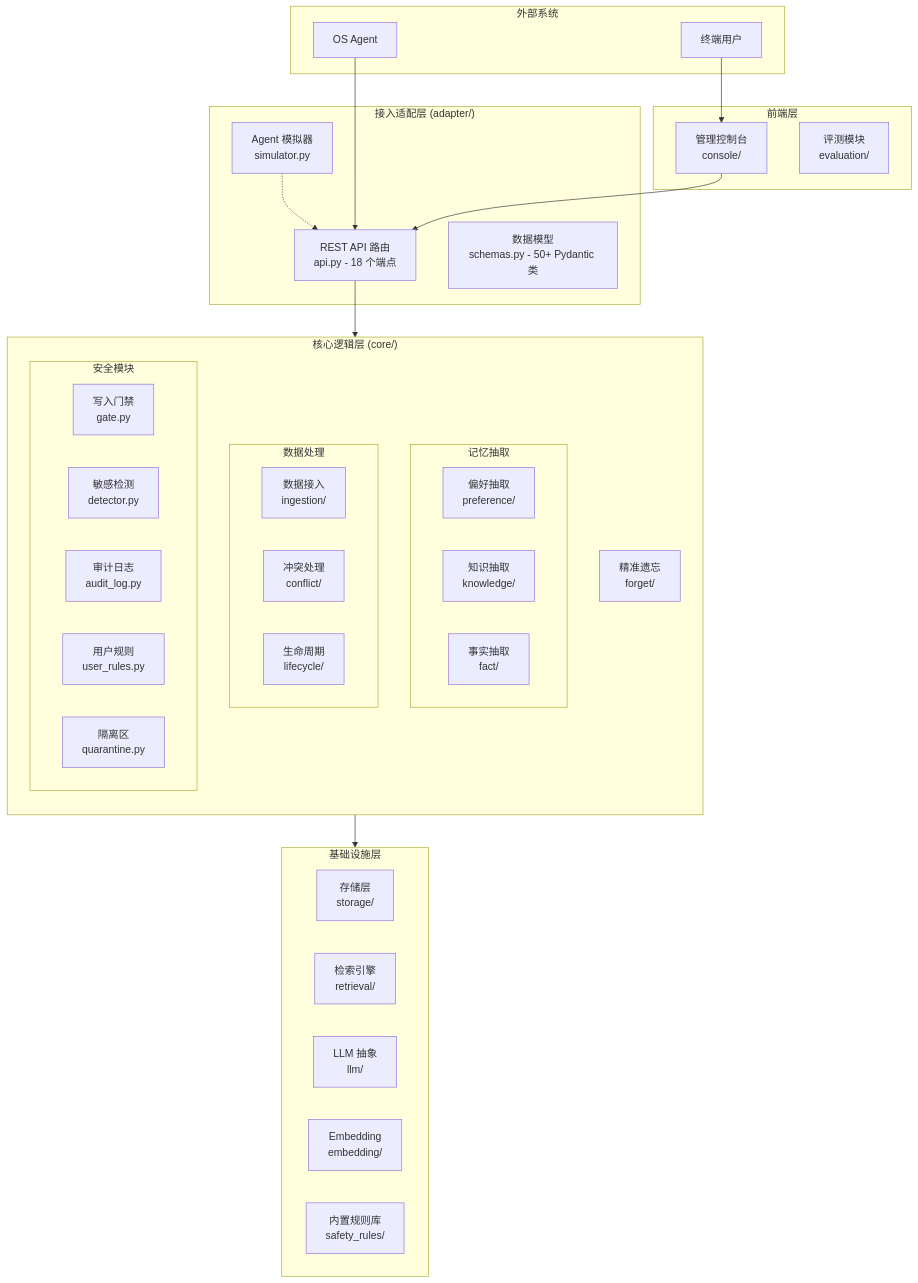
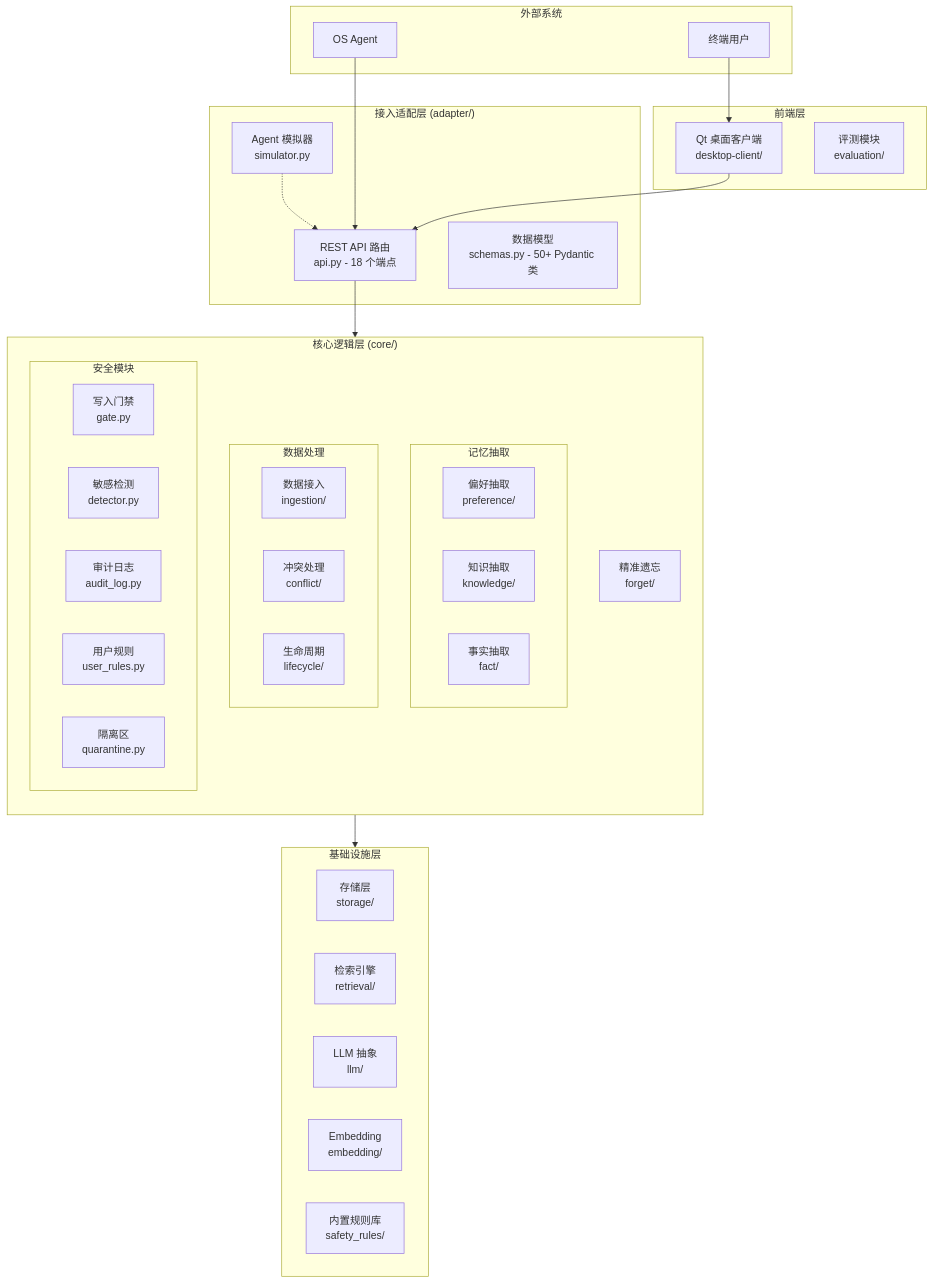
One commit to pyzw618/XA202612-2 changed the second of 10 diagrams in docs/TECHNICAL_SUMMARY.md. Above: the diagram before and after it, drawn with Mermaid. The commit also changed other lines of this file and 41 other files, not shown here.

````diff
--- a/docs/TECHNICAL_SUMMARY.md
+++ b/docs/TECHNICAL_SUMMARY.md
@@ -94,55 +94,55 @@
 ```mermaid
 graph TB
     subgraph External["外部系统"]
         OSA[OS Agent]
         User[终端用户]
     end
 
     subgraph Adapter["接入适配层 (adapter/)"]
         API[REST API 路由<br/>api.py - 18 个端点]
         Schema[数据模型<br/>schemas.py - 50+ Pydantic 类]
         Sim[Agent 模拟器<br/>simulator.py]
     end
 
     subgraph Core["核心逻辑层 (core/)"]
         direction TB
         subgraph Memory["记忆抽取"]
             Pref[偏好抽取<br/>preference/]
             Know[知识抽取<br/>knowledge/]
             Fact[事实抽取<br/>fact/]
         end
         subgraph Pipeline["数据处理"]
             Ingest[数据接入<br/>ingestion/]
             Conflict[冲突处理<br/>conflict/]
             Lifecycle[生命周期<br/>lifecycle/]
         end
         subgraph SafetyMod["安全模块"]
             Gate[写入门禁<br/>gate.py]
             Detector[敏感检测<br/>detector.py]
             Audit[审计日志<br/>audit_log.py]
             Rules[用户规则<br/>user_rules.py]
             Quarantine[隔离区<br/>quarantine.py]
         end
         Forget[精准遗忘<br/>forget/]
     end
 
     subgraph Infra["基础设施层"]
         Storage[存储层<br/>storage/]
         Retrieval[检索引擎<br/>retrieval/]
         LLM[LLM 抽象<br/>llm/]
         Embed[Embedding<br/>embedding/]
         SafetyRules[内置规则库<br/>safety_rules/]
     end
 
     subgraph Frontend["前端层"]
-        Console[管理控制台<br/>console/]
+        Console[Qt 桌面客户端<br/>desktop-client/]
         Eval[评测模块<br/>evaluation/]
     end
 
     OSA --> API
     User --> Console
     Console --> API
     API --> Core
     Core --> Infra
     Sim -.-> API
 ```
````
